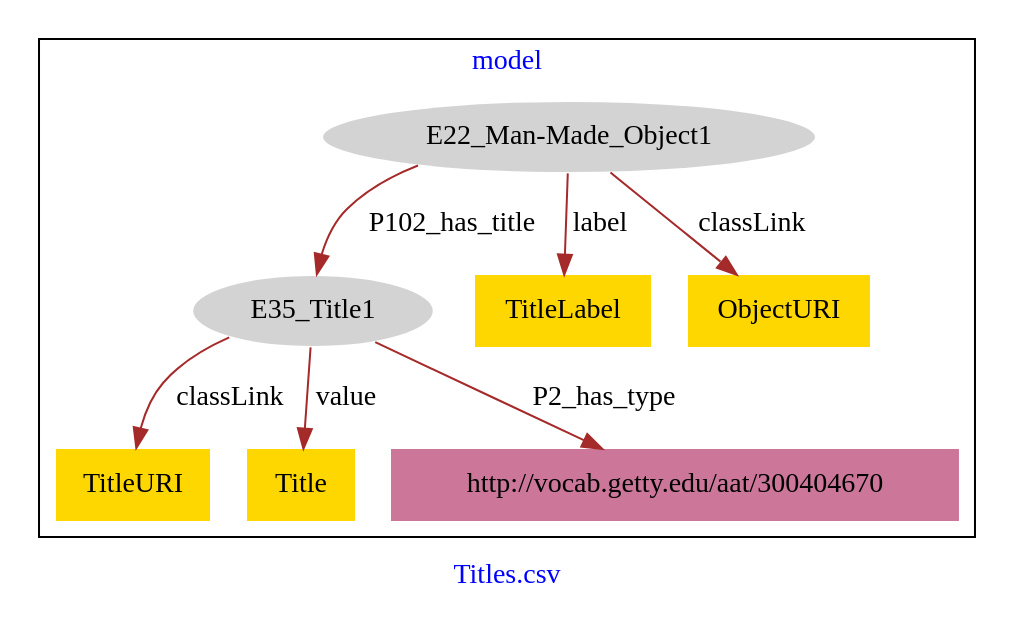
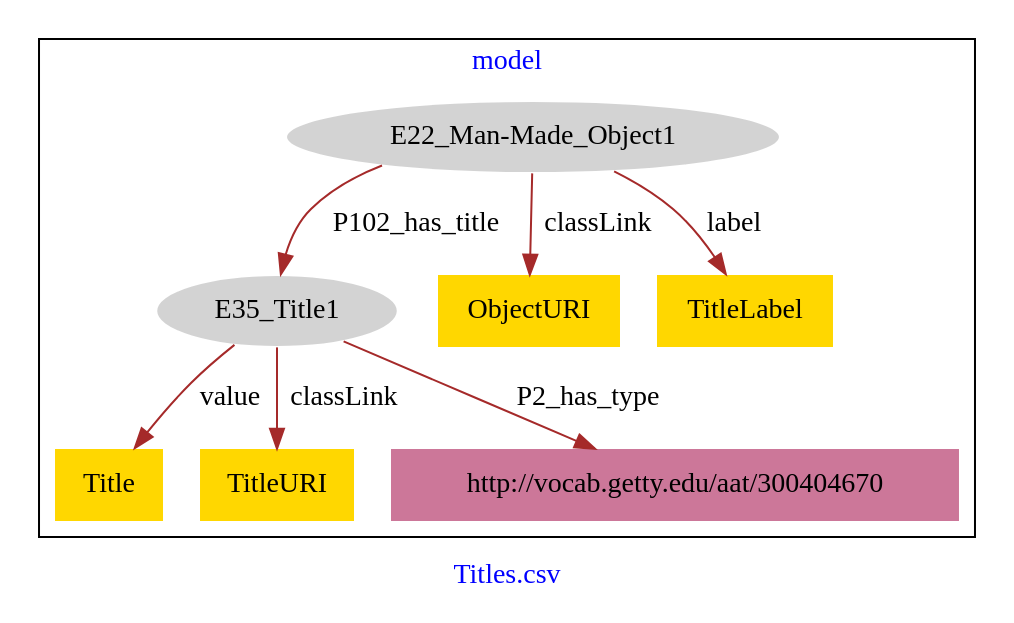
The diagram in Titles/Titles-model.dot (american-art/GM), drawn with Graphviz before and after one commit.

Commit message:
Update file Titles-model.dot

```diff
--- a/Titles/Titles-model.dot
+++ b/Titles/Titles-model.dot
@@ -1,21 +1,21 @@
 digraph n0 {
 fontcolor="blue"
 remincross="true"
 label="Titles.csv"
 subgraph cluster {
 label="model"
 n2[style="filled",color="white",fillcolor="lightgray",label="E22_Man-Made_Object1"];
 n3[style="filled",color="white",fillcolor="lightgray",label="E35_Title1"];
-n4[shape="plaintext",style="filled",fillcolor="gold",label="TitleURI"];
-n5[shape="plaintext",style="filled",fillcolor="gold",label="Title"];
+n4[shape="plaintext",style="filled",fillcolor="gold",label="Title"];
+n5[shape="plaintext",style="filled",fillcolor="gold",label="ObjectURI"];
 n6[shape="plaintext",style="filled",fillcolor="gold",label="TitleLabel"];
-n7[shape="plaintext",style="filled",fillcolor="gold",label="ObjectURI"];
+n7[shape="plaintext",style="filled",fillcolor="gold",label="TitleURI"];
 n8[shape="plaintext",style="filled",fillcolor="#CC7799",label="http://vocab.getty.edu/aat/300404670"];
 }
 n2 -> n3[color="brown",fontcolor="black",label="P102_has_title"]
-n3 -> n4[color="brown",fontcolor="black",label="classLink"]
-n3 -> n5[color="brown",fontcolor="black",label="value"]
+n3 -> n4[color="brown",fontcolor="black",label="value"]
+n2 -> n5[color="brown",fontcolor="black",label="classLink"]
 n2 -> n6[color="brown",fontcolor="black",label="label"]
-n2 -> n7[color="brown",fontcolor="black",label="classLink"]
+n3 -> n7[color="brown",fontcolor="black",label="classLink"]
 n3 -> n8[color="brown",fontcolor="black",label="P2_has_type"]
 }
```
